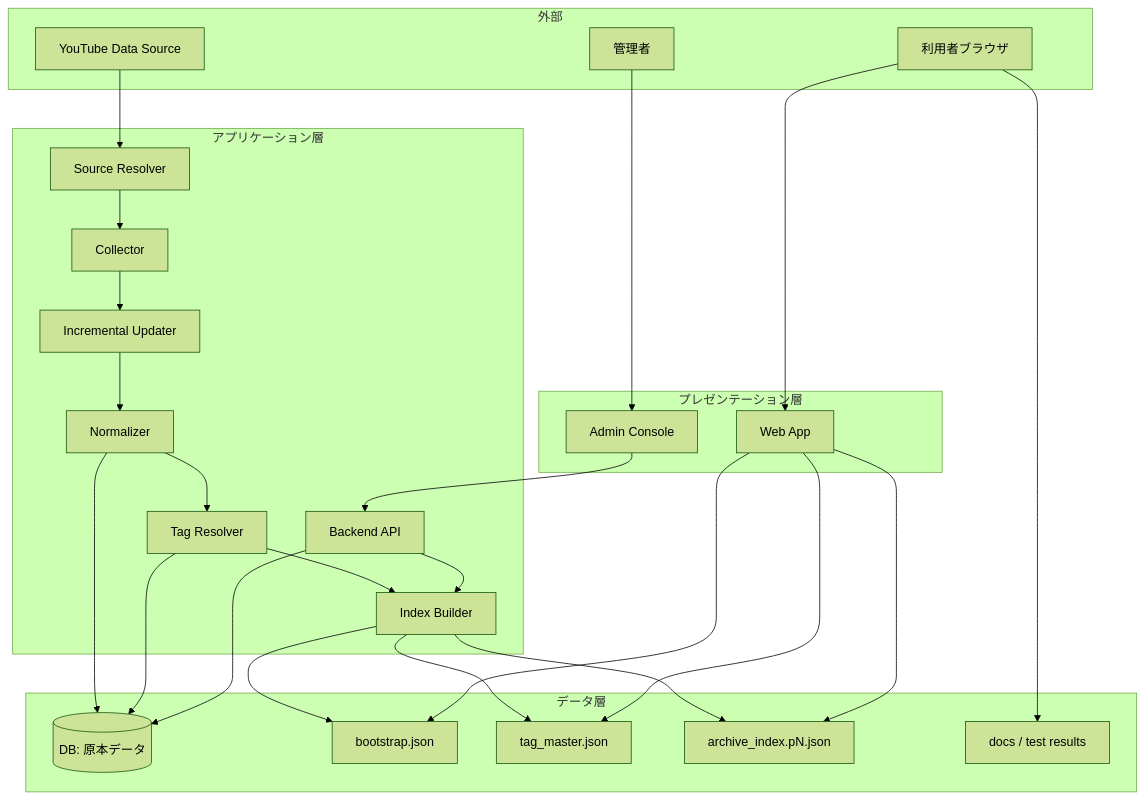
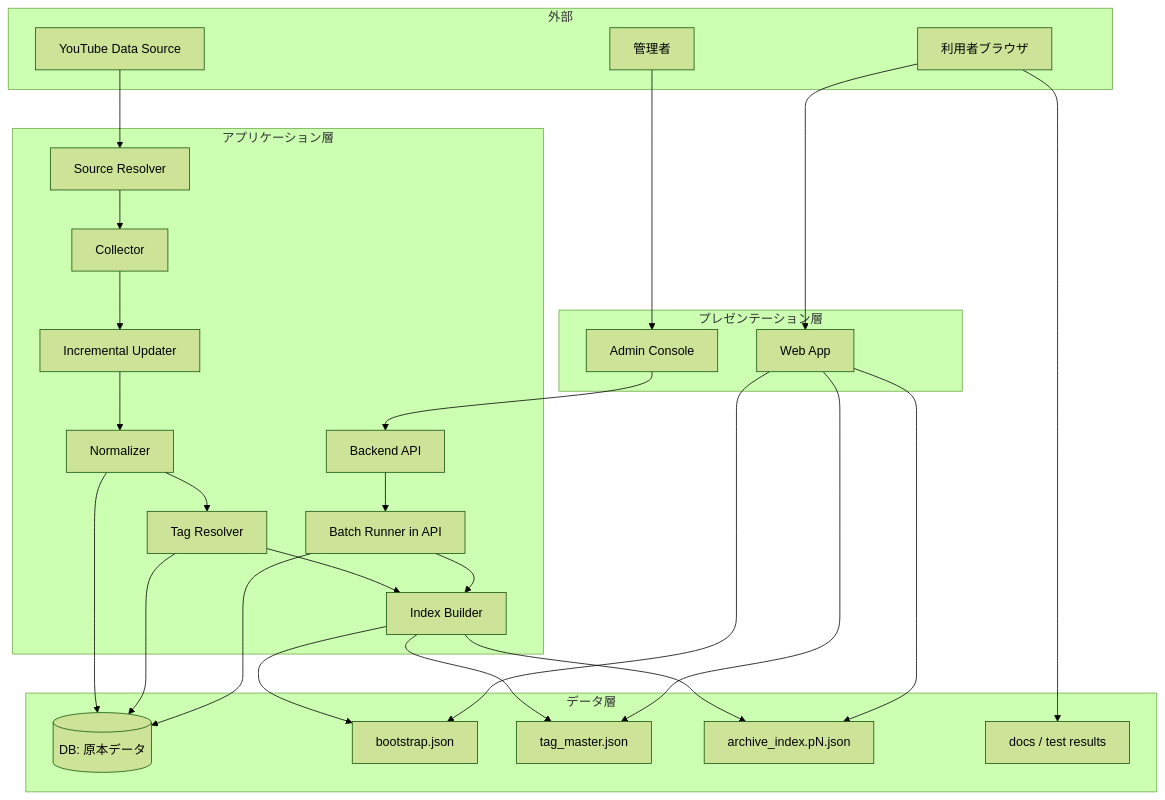
The diagram in docs/2.基本設計(BD)/21.アーキテクチャ概要/BD-ARCH-001.md (tsuji-tomonori/diopside-v3), drawn with Mermaid (forest theme) before and after one commit. The commit also changed other lines of this file and 25 other files, not shown here.

````diff
--- a/docs/2.基本設計(BD)/21.アーキテクチャ概要/BD-ARCH-001.md
+++ b/docs/2.基本設計(BD)/21.アーキテクチャ概要/BD-ARCH-001.md
@@ -80,48 +82,50 @@
 ```mermaid
 flowchart TD
   subgraph EXT[外部]
     YT[YouTube Data Source]
     USER[利用者ブラウザ]
     ADMIN[管理者]
   end
 
   subgraph APP[アプリケーション層]
     C0[Source Resolver]
     C1[Collector]
     C2[Incremental Updater]
     C3[Normalizer]
     C4[Tag Resolver]
-    C5[Index Builder]
-    API[Backend API]
+  C5[Index Builder]
+  API[Backend API]
+  BR[Batch Runner in API]
   end
 
   subgraph DATA[データ層]
     DB[(DB: 原本データ)]
     S1[bootstrap.json]
     S2[tag_master.json]
     S3[archive_index.pN.json]
     DOCS[docs / test results]
   end
 
   subgraph PRES[プレゼンテーション層]
     WEB[Web App]
     ADMUI[Admin Console]
   end
 
   YT --> C0
   C0 --> C1 --> C2 --> C3 --> C4 --> C5
   C3 --> DB
   C4 --> DB
-  API --> DB
+  API --> BR
+  BR --> DB
   ADMUI --> API
-  API --> C5
+  BR --> C5
   C5 --> S1
   C5 --> S2
   C5 --> S3
   USER --> WEB
   WEB --> S1
   WEB --> S2
   WEB --> S3
   ADMIN --> ADMUI
   USER --> DOCS
 ```
````
